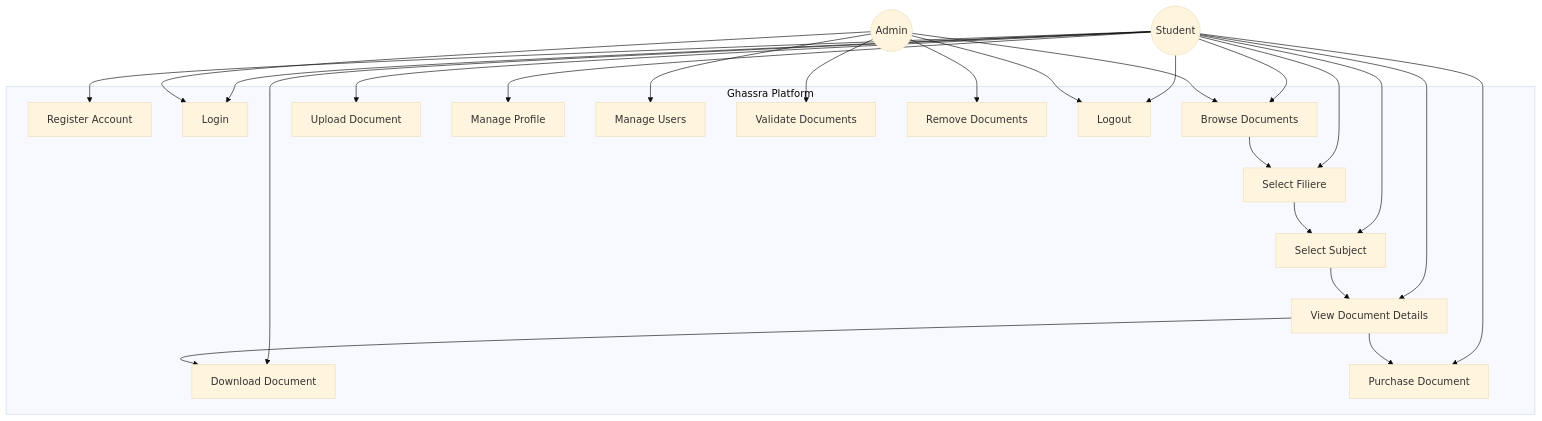
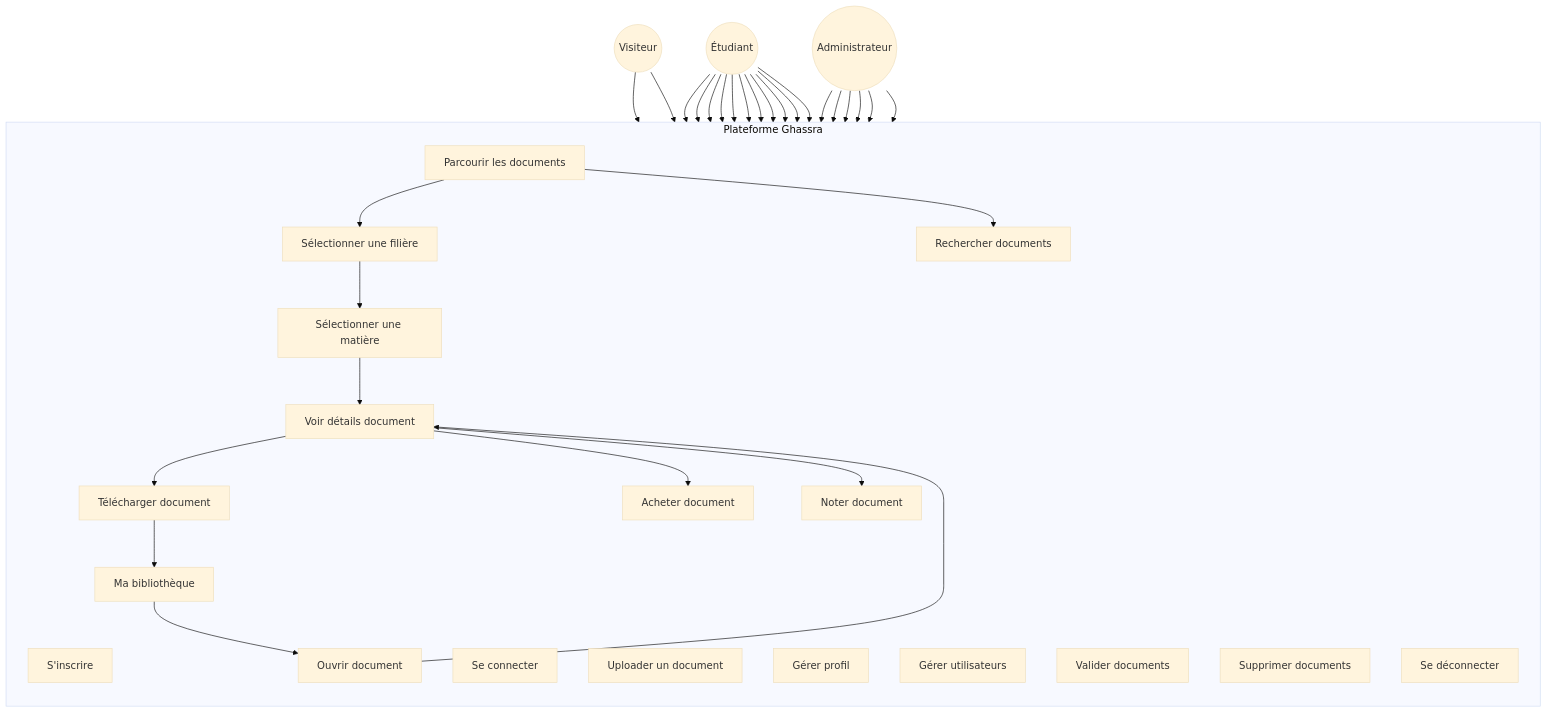
The diagram in conception/usecase.md (quinn618/WebProject), drawn with Mermaid (base theme) before and after one commit. The commit also changed other lines of this file, not shown here.

Commit message:
Update use case diagram

````diff
--- a/conception/usecase.md
+++ b/conception/usecase.md
@@ -1,48 +3,62 @@
 ```mermaid
 graph TB
-
-subgraph System[Ghassra Platform]
-  Register[Register Account]
-  Login[Login]
-  BrowseDocs[Browse Documents]
-  SelectFiliere[Select Filiere]
-  SelectSubject[Select Subject]
-  ViewDoc[View Document Details]
-  UploadDoc[Upload Document]
-  DownloadDoc[Download Document]
-  BuyDoc[Purchase Document]
-  ManageProfile[Manage Profile]
-  ManageUsers[Manage Users]
-  ValidateDocs[Validate Documents]
-  RemoveDocs[Remove Documents]
-  Logout[Logout]
+subgraph System[Plateforme Ghassra]
+    direction TB
+    
+    Register[S'inscrire]
+    Login[Se connecter]
+    BrowseDocs[Parcourir les documents]
+    SelectFiliere[Sélectionner une filière]
+    SelectSubject[Sélectionner une matière]
+    ViewDoc[Voir détails document]
+    UploadDoc[Uploader un document]
+    DownloadDoc[Télécharger document]
+    OpenDoc[Ouvrir document]
+    BuyDoc[Acheter document]
+    ManageProfile[Gérer profil]
+    ManageUsers[Gérer utilisateurs]
+    ValidateDocs[Valider documents]
+    RemoveDocs[Supprimer documents]
+    Logout[Se déconnecter]
+    SearchDocs[Rechercher documents]
+    RateDoc[Noter document]
+    MyLibrary[Ma bibliothèque]
 end
 
-User((Student))
-Admin((Admin))
+User((Étudiant))
+Admin((Administrateur))
+Guest((Visiteur))
 
-User --> Register
+Guest --> BrowseDocs
+Guest --> Register
+
 User --> Login
 User --> BrowseDocs
-User --> SelectFiliere
-User --> SelectSubject
-User --> ViewDoc
+User --> SearchDocs
+User --> MyLibrary
+User --> OpenDoc
+User --> RateDoc
 User --> UploadDoc
 User --> DownloadDoc
 User --> BuyDoc
 User --> ManageProfile
 User --> Logout
 
 Admin --> Login
 Admin --> ManageUsers
 Admin --> ValidateDocs
 Admin --> RemoveDocs
 Admin --> BrowseDocs
 Admin --> Logout
 
 BrowseDocs --> SelectFiliere
+BrowseDocs --> SearchDocs
 SelectFiliere --> SelectSubject
 SelectSubject --> ViewDoc
 ViewDoc --> DownloadDoc
 ViewDoc --> BuyDoc
+ViewDoc --> RateDoc
+MyLibrary --> OpenDoc
+DownloadDoc --> MyLibrary
+OpenDoc --> ViewDoc
 ```
````
